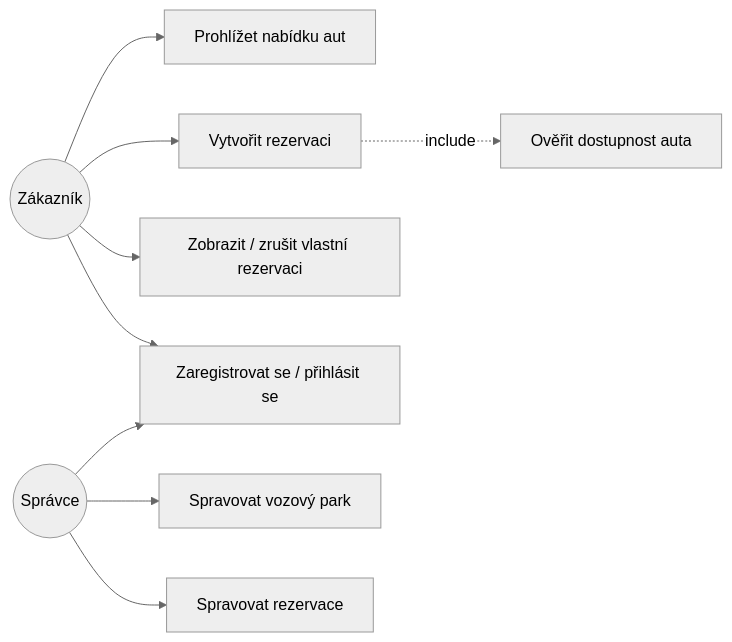
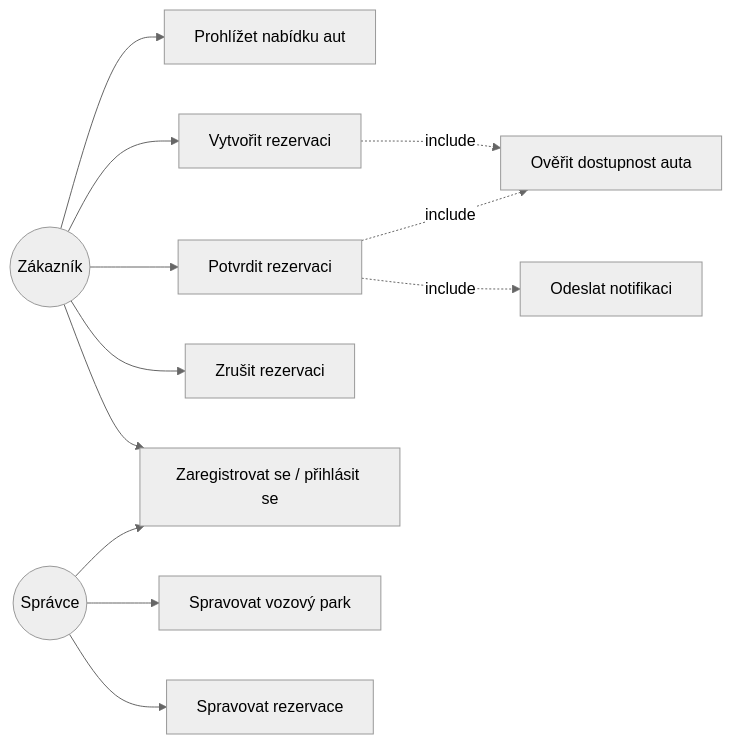
One commit to DavidMagyarics/CarRentalVSB changed the diagram in docs/pripady-uziti.md. Above: the diagram before and after it, drawn with Mermaid (neutral theme). The commit also changed other lines of this file and 19 other files, not shown here.

````diff
--- a/docs/pripady-uziti.md
+++ b/docs/pripady-uziti.md
@@ -5,16 +5,19 @@
 ```mermaid
 flowchart LR
   actorZakaznik((Zákazník))
   actorAdmin((Správce))
 
   actorZakaznik --> UC1[Prohlížet nabídku aut]
   actorZakaznik --> UC2[Vytvořit rezervaci]
-  actorZakaznik --> UC3[Zobrazit / zrušit vlastní rezervaci]
+  actorZakaznik --> UC3[Potvrdit rezervaci]
+  actorZakaznik --> UC8[Zrušit rezervaci]
   actorZakaznik --> UC4[Zaregistrovat se / přihlásit se]
 
   actorAdmin --> UC5[Spravovat vozový park]
   actorAdmin --> UC6[Spravovat rezervace]
   actorAdmin --> UC4
 
   UC2 -.include.-> UC7[Ověřit dostupnost auta]
+  UC3 -.include.-> UC7
+  UC3 -.include.-> UC9[Odeslat notifikaci]
 ```
````
